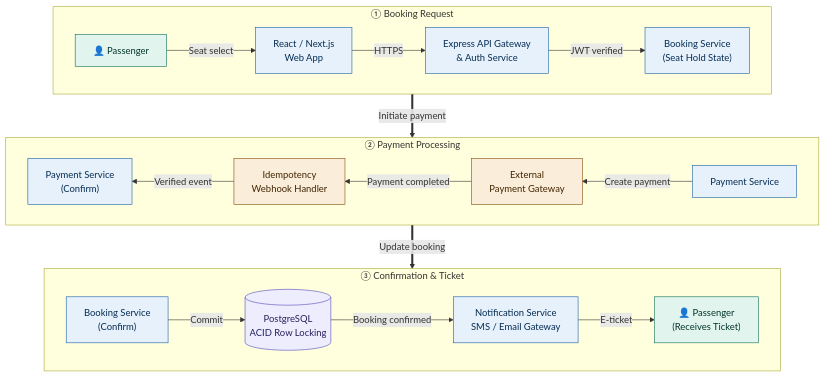
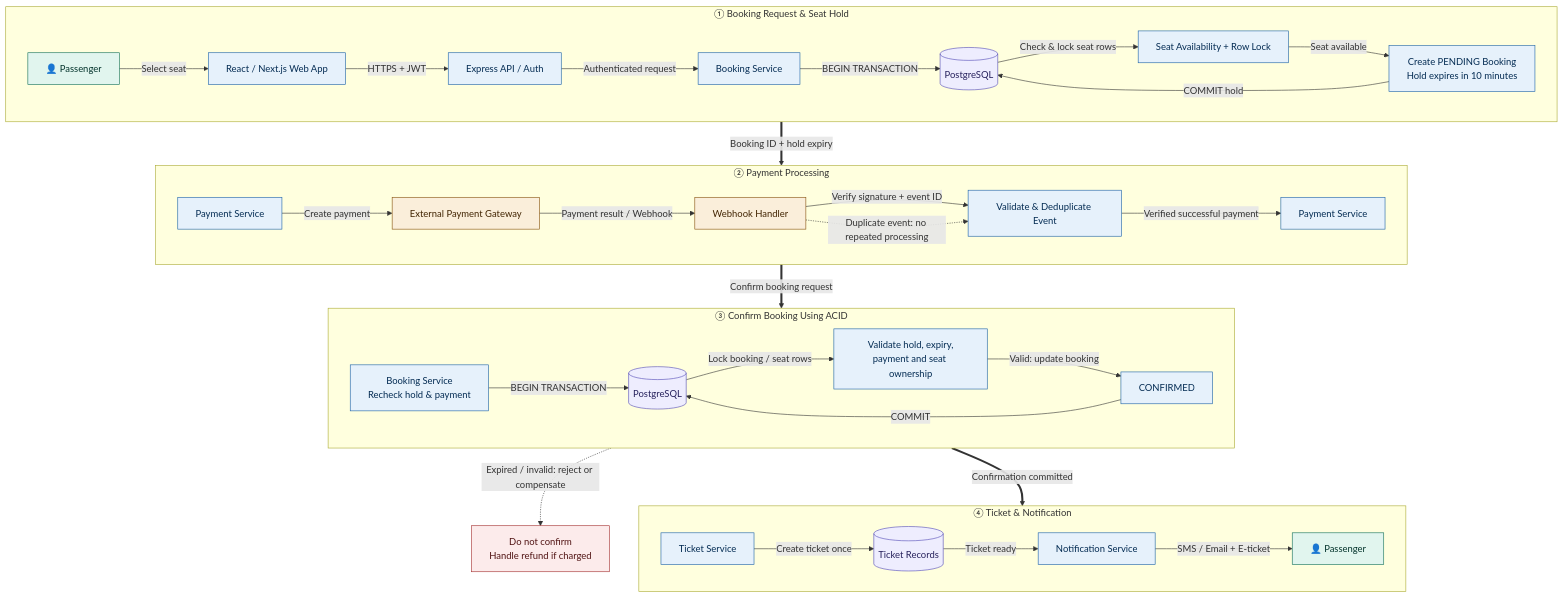
The fourth of 8 diagrams in A Train Ticket Booking System/README.md (Murad134/System-Design-Playbook), drawn with Mermaid before and after one commit. The commit also changed other lines of this file, not shown here.

Commit message:
Enhance README with detailed workflow diagrams and explanations for booking and payment processes

````diff
--- a/A Train Ticket Booking System/README.md
+++ b/A Train Ticket Booking System/README.md
@@ -352,37 +227,58 @@
 ```mermaid
+
 flowchart TB
 
-    subgraph S1["① Booking Request"]
+    subgraph S1["① Booking Request & Seat Hold"]
         direction LR
-        U1["👤 Passenger"] -->|"Seat select"| W["React / Next.js<br/>Web App"]
-        W -->|"HTTPS"| G["Express API Gateway<br/>& Auth Service"]
-        G -->|"JWT verified"| B1["Booking Service<br/>(Seat Hold State)"]
+        U["👤 Passenger"] -->|"Select seat"| W["React / Next.js Web App"]
+        W -->|"HTTPS + JWT"| G["Express API / Auth"]
+        G -->|"Authenticated request"| B1["Booking Service"]
+        B1 -->|"BEGIN TRANSACTION"| DB1[("PostgreSQL")]
+        DB1 -->|"Check & lock seat rows"| L["Seat Availability + Row Lock"]
+        L -->|"Seat available"| H["Create PENDING Booking<br/>Hold expires in 10 minutes"]
+        H -->|"COMMIT hold"| DB1
     end
 
     subgraph S2["② Payment Processing"]
-        direction RL
-        P1["Payment Service"] -->|"Create payment"| PG["External<br/>Payment Gateway"]
-        PG -->|"Payment completed"| WH["Idempotency<br/>Webhook Handler"]
-        WH -->|"Verified event"| P2["Payment Service<br/>(Confirm)"]
+        direction LR
+        P1["Payment Service"] -->|"Create payment"| PG["External Payment Gateway"]
+        PG -->|"Payment result / Webhook"| WH["Webhook Handler"]
+        WH -->|"Verify signature + event ID"| V["Validate & Deduplicate Event"]
+        V -->|"Verified successful payment"| P2["Payment Service"]
     end
 
-    subgraph S3["③ Confirmation & Ticket"]
+    subgraph S3["③ Confirm Booking Using ACID"]
         direction LR
-        B2["Booking Service<br/>(Confirm)"] -->|"Commit"| DB[("PostgreSQL<br/>ACID Row Locking")]
-        DB -->|"Booking confirmed"| N["Notification Service<br/>SMS / Email Gateway"]
-        N -->|"E-ticket"| U2["👤 Passenger<br/>(Receives Ticket)"]
+        B2["Booking Service<br/>Recheck hold & payment"] -->|"BEGIN TRANSACTION"| DB2[("PostgreSQL")]
+        DB2 -->|"Lock booking / seat rows"| R["Validate hold, expiry,<br/>payment and seat ownership"]
+        R -->|"Valid: update booking"| C["CONFIRMED"]
+        C -->|"COMMIT"| DB2
     end
 
-    S1 ==>|"Initiate payment"| S2
-    S2 ==>|"Update booking"| S3
+    subgraph S4["④ Ticket & Notification"]
+        direction LR
+        T["Ticket Service"] -->|"Create ticket once"| TD[("Ticket Records")]
+        TD -->|"Ticket ready"| N["Notification Service"]
+        N -->|"SMS / Email + E-ticket"| U2["👤 Passenger"]
+    end
+
+    H ==>|"Booking ID + hold expiry"| P1
+    P2 ==>|"Confirm booking request"| B2
+    DB2 ==>|"Confirmation committed"| T
+
+    WH -.->|"Duplicate event: no repeated processing"| V
+    R -.->|"Expired / invalid: reject or compensate"| X["Do not confirm<br/>Handle refund if charged"]
 
     classDef user fill:#E1F5EE,stroke:#0F6E56,color:#04342C
     classDef svc fill:#E6F1FB,stroke:#185FA5,color:#042C53
     classDef ext fill:#FAEEDA,stroke:#854F0B,color:#412402
     classDef db fill:#EEEDFE,stroke:#534AB7,color:#26215C
+    classDef error fill:#FCEBEB,stroke:#A32D2D,color:#501313
 
-    class U1,U2 user
-    class W,G,B1,B2,P1,P2,N svc
+    class U,U2 user
+    class W,G,B1,L,H,P1,V,P2,B2,R,C,T,N svc
     class PG,WH ext
-    class DB db
+    class DB1,DB2,TD db
+    class X error
+
 ```
````
